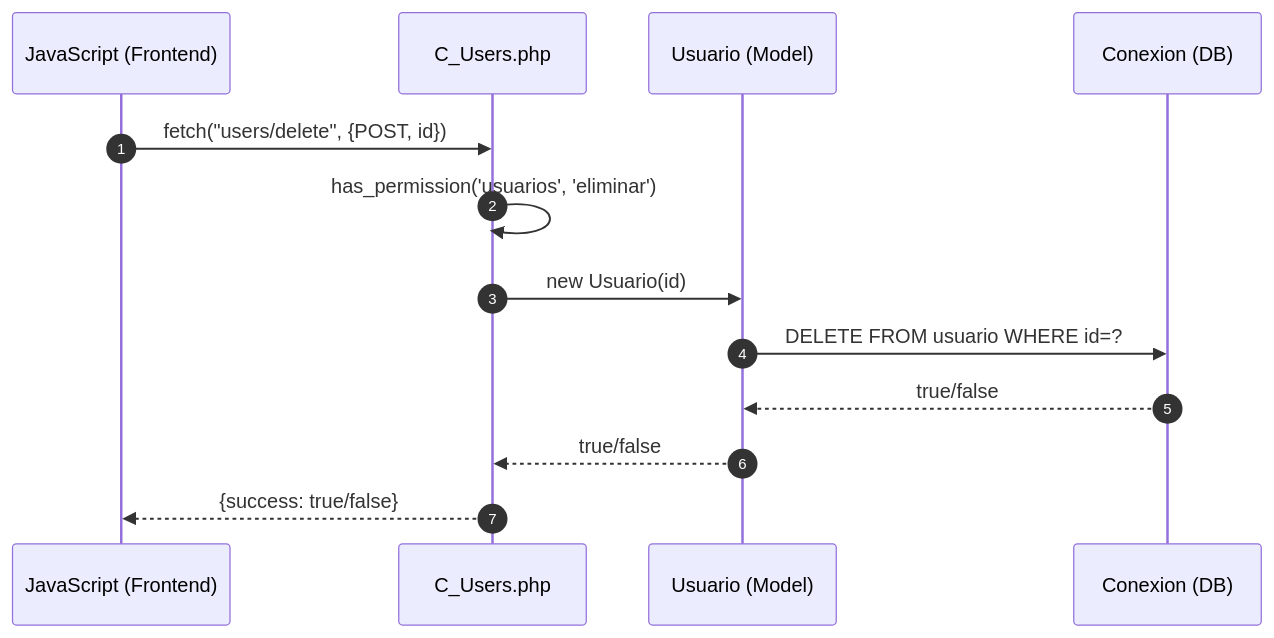
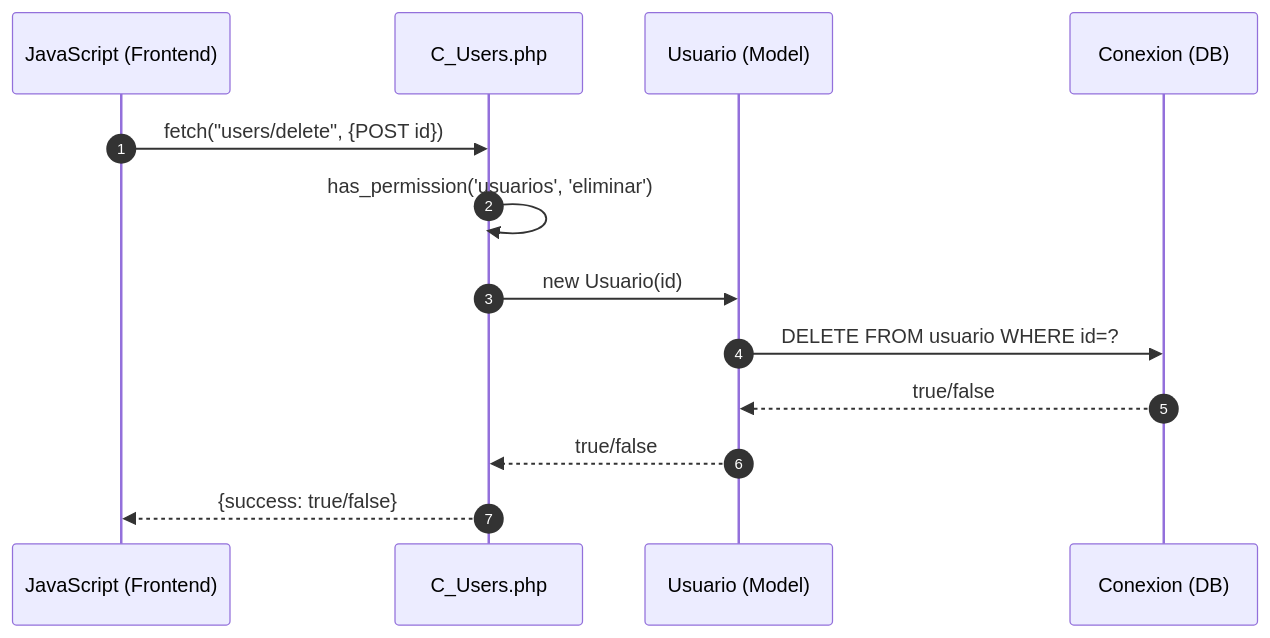
One commit to Tecrato/BurgerHouse changed the fourth of 6 diagrams in docs/secuencia/usuarios/usuarios.md. Above: the diagram before and after it, drawn with Mermaid. The commit also changed other lines of this file and 13 other files, not shown here.

Commit message:
diagramas de secuencia

````diff
--- a/docs/secuencia/usuarios/usuarios.md
+++ b/docs/secuencia/usuarios/usuarios.md
@@ -88,19 +88,19 @@
 ```mermaid
 sequenceDiagram
     autonumber
     participant JS as JavaScript (Frontend)
     participant C_Users as C_Users.php
     participant Usuario as Usuario (Model)
     participant DB as Conexion (DB)
     
-    JS->>C_Users: fetch("users/delete", {POST, id})
+    JS->>C_Users: fetch("users/delete", {POST id})
     
     C_Users->>C_Users: has_permission('usuarios', 'eliminar')
     
     C_Users->>Usuario: new Usuario(id)
     Usuario->>DB: DELETE FROM usuario WHERE id=?
     DB-->>Usuario: true/false
     Usuario-->>C_Users: true/false
     
     C_Users-->>JS: {success: true/false}
 ```
````
